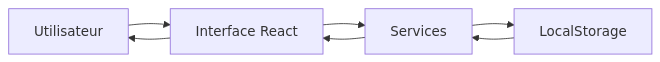
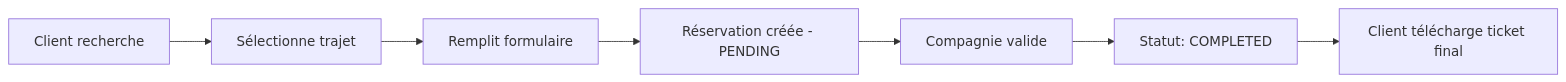
One commit to REBCDR07/VoyageBj changed the first of 2 diagrams in README.md. Above: the diagram before and after it, drawn with Mermaid. The commit also changed other lines of this file and 12 other files, not shown here.

````diff
--- a/README.md
+++ b/README.md
@@ -139,9 +348,9 @@
 ```mermaid
 graph LR
-    A[Utilisateur] --> B[Interface React]
-    B --> C[Services]
-    C --> D[LocalStorage]
-    D --> C
-    C --> B
-    B --> A
+    A[Client recherche] --> B[Sélectionne trajet]
+    B --> C[Remplit formulaire]
+    C --> D[Réservation créée - PENDING]
+    D --> E[Compagnie valide]
+    E --> F[Statut: COMPLETED]
+    F --> G[Client télécharge ticket final]
 ```
````
